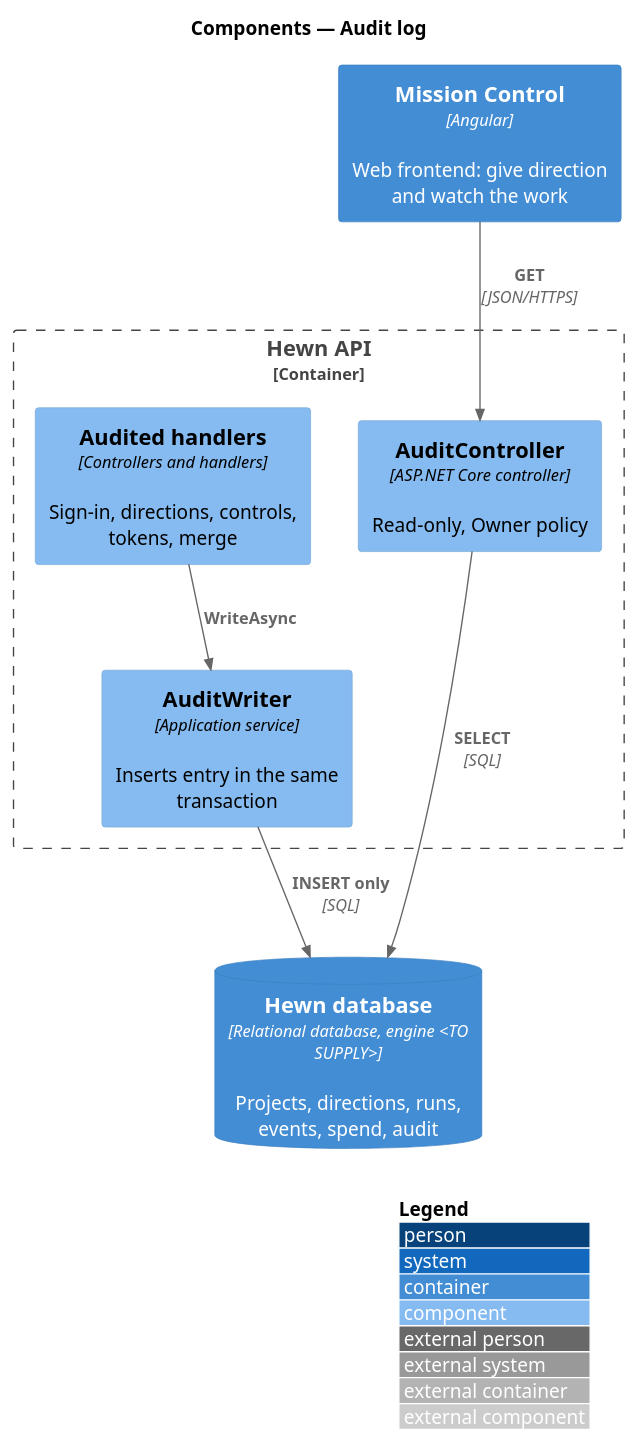
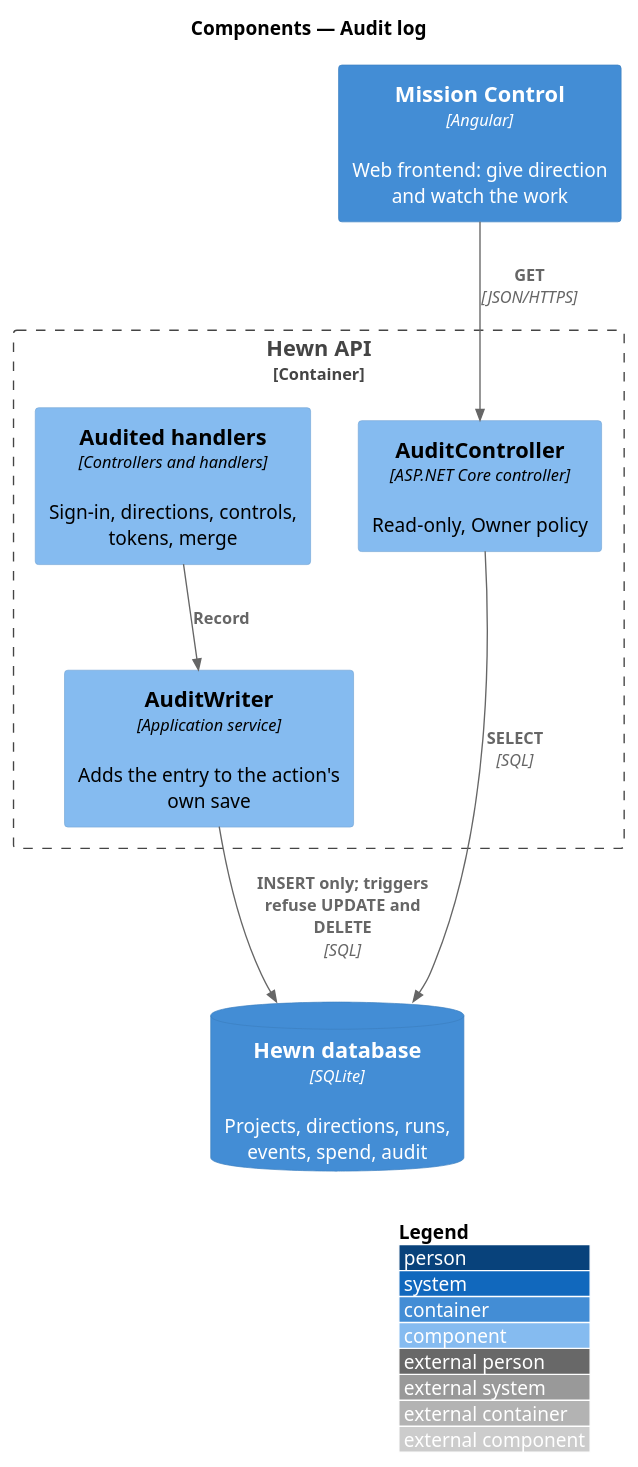
Before and after one commit to QuinntyneBrown/hewn: the diagram in docs/detailed-designs/governance/audit-log/diagrams/c4-component.puml, drawn with PlantUML. The commit also changed 69 other files, not shown here.

```diff
--- a/docs/detailed-designs/governance/audit-log/diagrams/c4-component.puml
+++ b/docs/detailed-designs/governance/audit-log/diagrams/c4-component.puml
@@ -1,18 +1,18 @@
 @startuml
 !include <C4/C4_Component>
 LAYOUT_WITH_LEGEND()
 title Components — Audit log
 
 Container(spa, "Mission Control", "Angular", "Web frontend: give direction and watch the work")
-ContainerDb(db, "Hewn database", "Relational database, engine <TO SUPPLY>", "Projects, directions, runs, events, spend, audit")
+ContainerDb(db, "Hewn database", "SQLite", "Projects, directions, runs, events, spend, audit")
 Container_Boundary(api_b, "Hewn API") {
   Component(handlers, "Audited handlers", "Controllers and handlers", "Sign-in, directions, controls, tokens, merge")
-  Component(writer, "AuditWriter", "Application service", "Inserts entry in the same transaction")
+  Component(writer, "AuditWriter", "Application service", "Adds the entry to the action's own save")
   Component(ctrl, "AuditController", "ASP.NET Core controller", "Read-only, Owner policy")
 }
 
-Rel(handlers, writer, "WriteAsync")
-Rel(writer, db, "INSERT only", "SQL")
+Rel(handlers, writer, "Record")
+Rel(writer, db, "INSERT only; triggers refuse UPDATE and DELETE", "SQL")
 Rel(spa, ctrl, "GET", "JSON/HTTPS")
 Rel(ctrl, db, "SELECT", "SQL")
 @enduml
```
